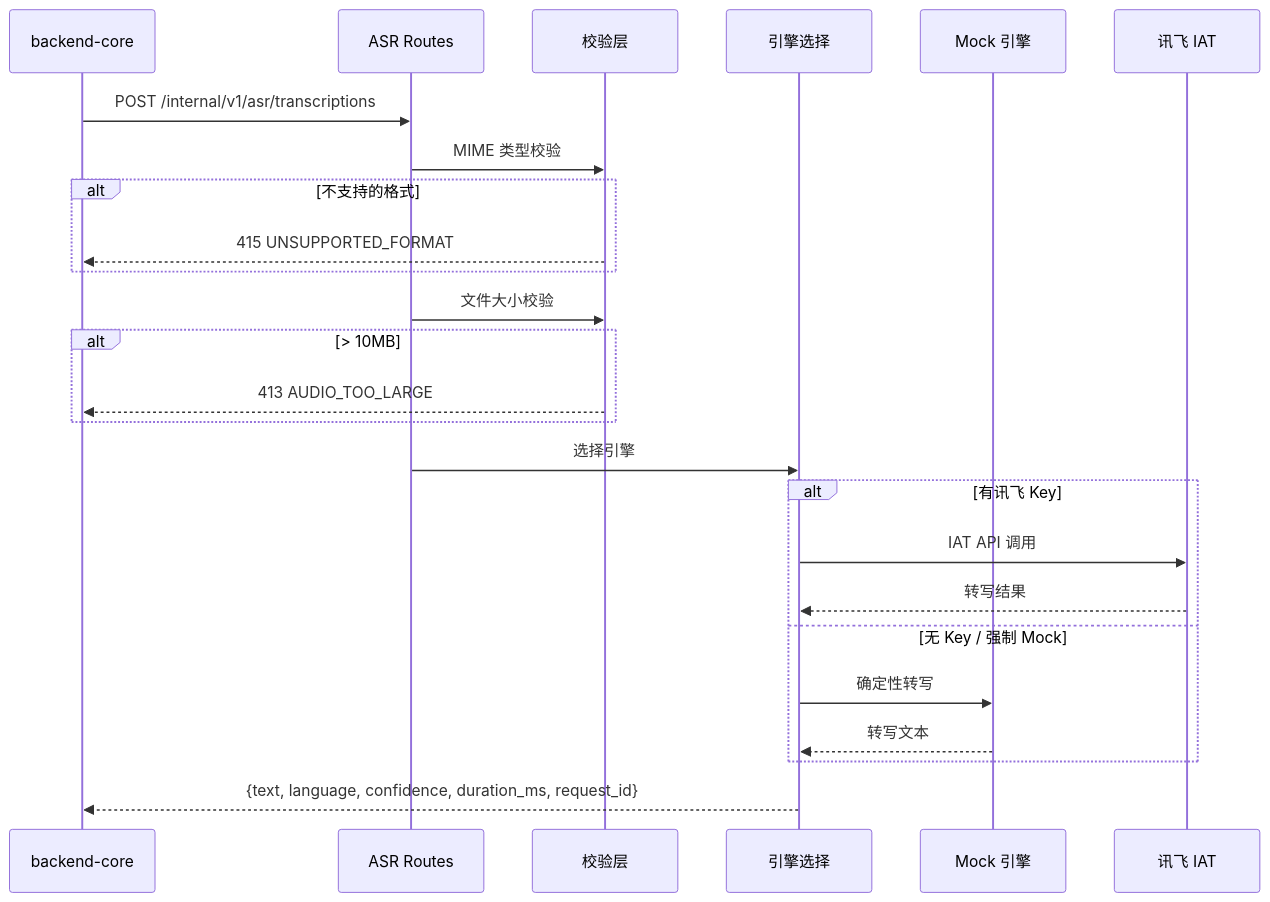
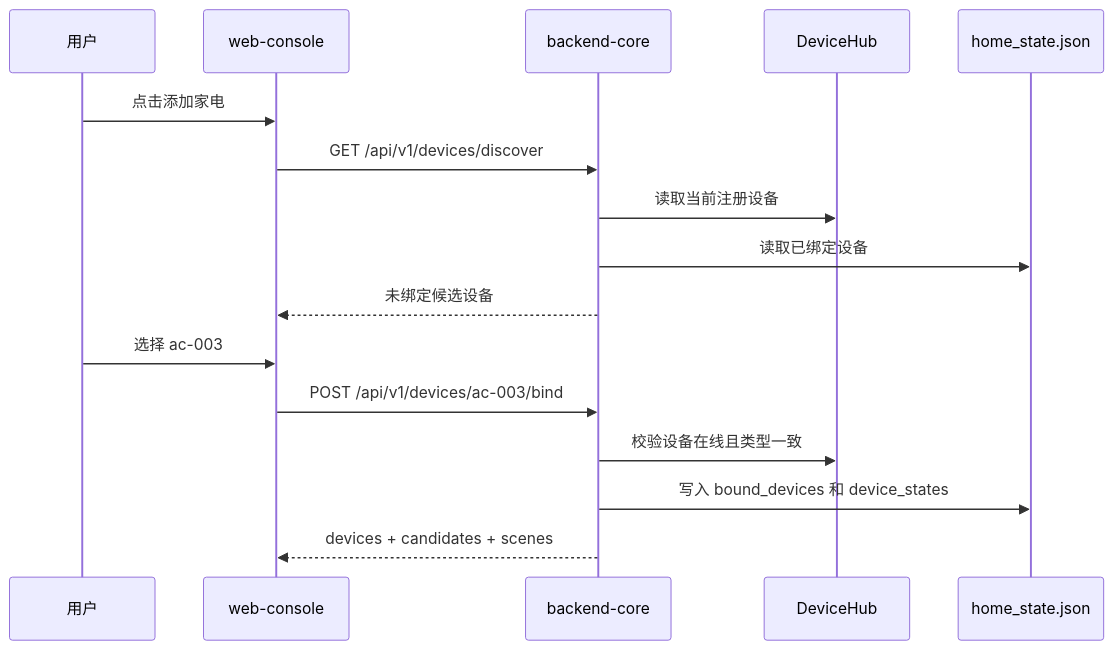
One commit to DarksideWanderer/Software-Project changed the second of 4 diagrams in software_design.md. Above: the diagram before and after it, drawn with Mermaid. The commit also changed other lines of this file and 1 other file, not shown here.

````diff
--- a/software_design.md
+++ b/software_design.md
@@ -234,28 +453,19 @@
 ```mermaid
 sequenceDiagram
-    participant BC as backend-core
-    participant ASR as ASR Routes
-    participant Val as 校验层
-    participant Engine as 引擎选择
-    participant Mock as Mock 引擎
-    participant XF as 讯飞 IAT
+    participant U as 用户
+    participant FE as web-console
+    participant BE as backend-core
+    participant H as DeviceHub
+    participant S as home_state.json
 
-    BC->>ASR: POST /internal/v1/asr/transcriptions
-    ASR->>Val: MIME 类型校验
-    alt 不支持的格式
-        Val-->>BC: 415 UNSUPPORTED_FORMAT
-    end
-    ASR->>Val: 文件大小校验
-    alt > 10MB
-        Val-->>BC: 413 AUDIO_TOO_LARGE
-    end
-    ASR->>Engine: 选择引擎
-    alt 有讯飞 Key
-        Engine->>XF: IAT API 调用
-        XF-->>Engine: 转写结果
-    else 无 Key / 强制 Mock
-        Engine->>Mock: 确定性转写
-        Mock-->>Engine: 转写文本
-    end
-    Engine-->>BC: {text, language, confidence, duration_ms, request_id}
+    U->>FE: 点击添加家电
+    FE->>BE: GET /api/v1/devices/discover
+    BE->>H: 读取当前注册设备
+    BE->>S: 读取已绑定设备
+    BE-->>FE: 未绑定候选设备
+    U->>FE: 选择 ac-003
+    FE->>BE: POST /api/v1/devices/ac-003/bind
+    BE->>H: 校验设备在线且类型一致
+    BE->>S: 写入 bound_devices 和 device_states
+    BE-->>FE: devices + candidates + scenes
 ```
````
